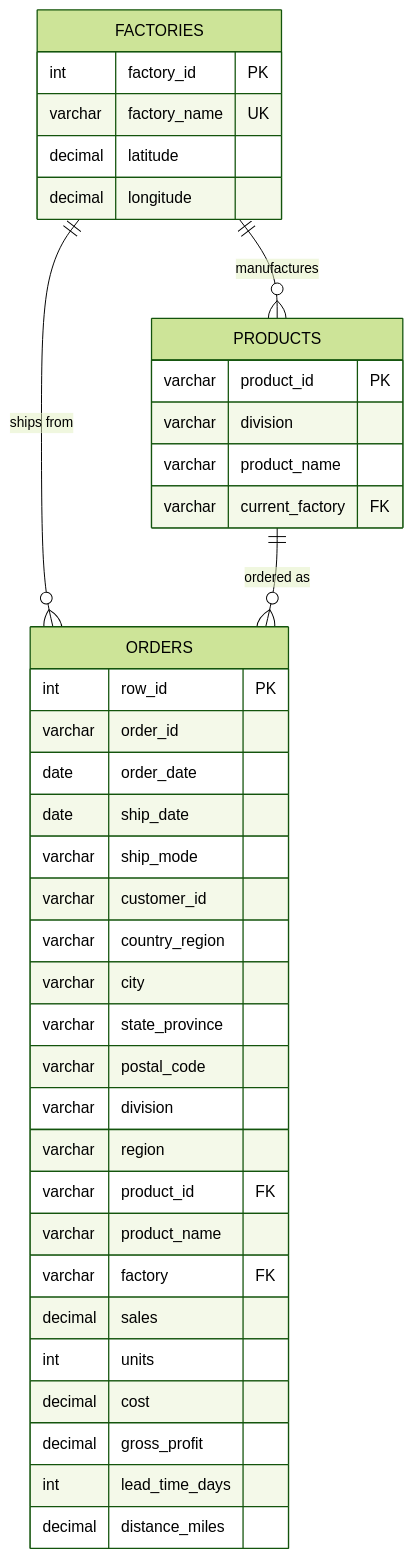
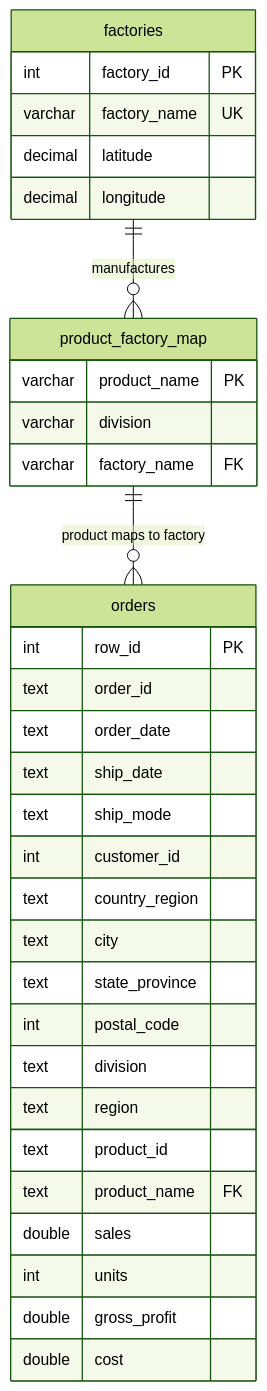
Before and after one commit to Udaygarg0034/nassau-candy-factory-reallocation-sql: the diagram in ERD.md, drawn with Mermaid (forest theme). The commit also changed other lines of this file, not shown here.

Commit message:
Revise ERD for product and factory mapping changes
Updated the ERD to reflect changes in table structure and relationships, including the introduction of product_factory_map and adjustments to orders and factories.

````diff
--- a/ERD.md
+++ b/ERD.md
@@ -3,44 +3,39 @@
 ```mermaid
 erDiagram
-    FACTORIES ||--o{ PRODUCTS : "manufactures"
-    FACTORIES ||--o{ ORDERS : "ships from"
-    PRODUCTS ||--o{ ORDERS : "ordered as"
+    factories ||--o{ product_factory_map : "manufactures"
+    product_factory_map ||--o{ orders : "product maps to factory"
 
-    FACTORIES {
+    factories {
         int factory_id PK
         varchar factory_name UK
         decimal latitude
         decimal longitude
     }
 
-    PRODUCTS {
-        varchar product_id PK
+    product_factory_map {
+        varchar product_name PK
         varchar division
-        varchar product_name
-        varchar current_factory FK
+        varchar factory_name FK
     }
 
-    ORDERS {
+    orders {
         int row_id PK
-        varchar order_id
-        date order_date
-        date ship_date
-        varchar ship_mode
-        varchar customer_id
-        varchar country_region
-        varchar city
-        varchar state_province
-        varchar postal_code
-        varchar division
-        varchar region
-        varchar product_id FK
-        varchar product_name
-        varchar factory FK
-        decimal sales
+        text order_id
+        text order_date
+        text ship_date
+        text ship_mode
+        int customer_id
+        text country_region
+        text city
+        text state_province
+        int postal_code
+        text division
+        text region
+        text product_id
+        text product_name FK
+        double sales
         int units
-        decimal cost
-        decimal gross_profit
-        int lead_time_days
-        decimal distance_miles
+        double gross_profit
+        double cost
     }
 ```
````
